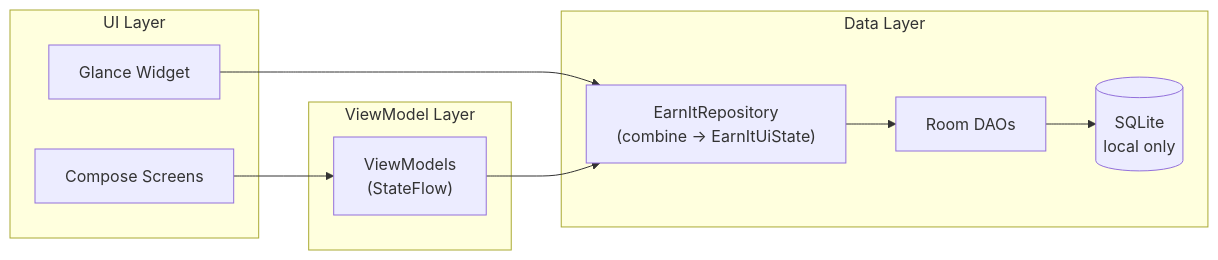
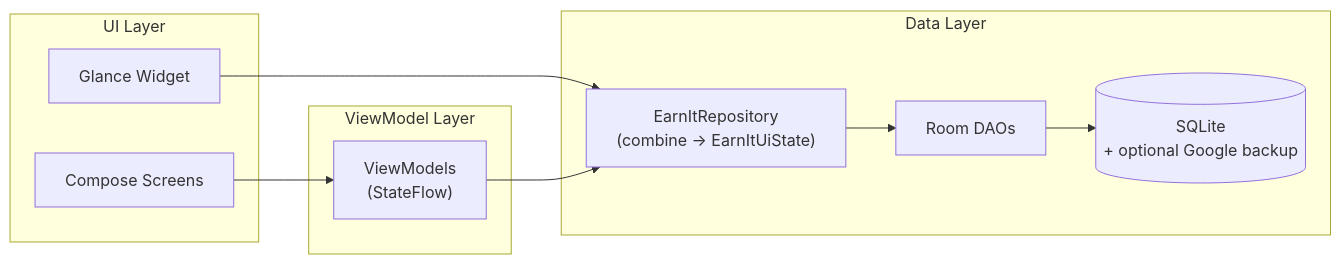
One commit to mikamartin/EarnIt changed the diagram in README.md. Above: the diagram before and after it, drawn with Mermaid. The commit also changed other lines of this file and 7 other files, not shown here.

````diff
--- a/README.md
+++ b/README.md
@@ -65,23 +65,23 @@
 ```mermaid
 graph LR
     subgraph ui["UI Layer"]
         Screens["Compose Screens"]
         Widget["Glance Widget"]
     end
 
     subgraph vm["ViewModel Layer"]
         ViewModels["ViewModels\n(StateFlow)"]
     end
 
     subgraph data["Data Layer"]
         Repo["EarnItRepository\n(combine → EarnItUiState)"]
         DAOs["Room DAOs"]
-        DB[("SQLite\nlocal only")]
+        DB[("SQLite\n+ optional Google backup")]
     end
 
     Screens --> ViewModels
     Widget --> Repo
     ViewModels --> Repo
     Repo --> DAOs
     DAOs --> DB
 ```
````
